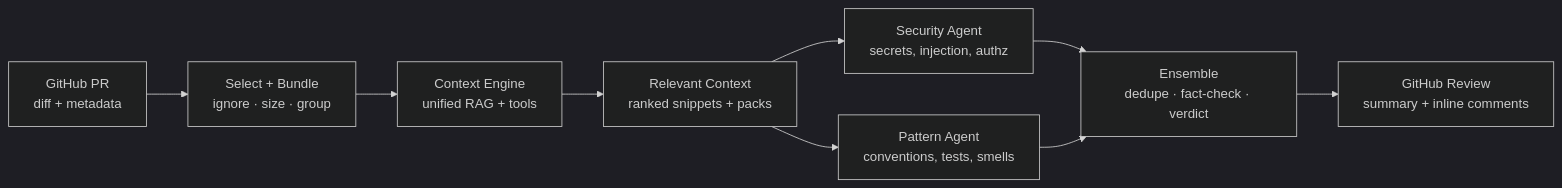
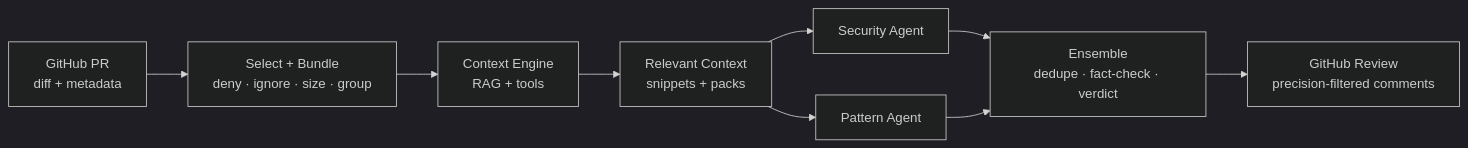
Before and after one commit to cipheraxat/codereviewer_agent: the first of 7 diagrams in README.md, drawn with Mermaid (dark theme). The commit also changed other lines of this file, not shown here.

First line of the commit message:
docs: document v0.5.2 OCR harness and architecture.

````diff
--- a/README.md
+++ b/README.md
@@ -7,18 +15,18 @@
 ```mermaid
 flowchart LR
   GH["GitHub PR<br/>diff + metadata"]
-  SEL["Select + Bundle<br/>ignore · size · group"]
-  CE["Context Engine<br/>unified RAG + tools"]
-  RC["Relevant Context<br/>ranked snippets + packs"]
-  SA["Security Agent<br/>secrets, injection, authz"]
-  PA["Pattern Agent<br/>conventions, tests, smells"]
+  SEL["Select + Bundle<br/>deny · ignore · size · group"]
+  CE["Context Engine<br/>RAG + tools"]
+  RC["Relevant Context<br/>snippets + packs"]
+  SA["Security Agent"]
+  PA["Pattern Agent"]
   EV["Ensemble<br/>dedupe · fact-check · verdict"]
-  OUT["GitHub Review<br/>summary + inline comments"]
+  OUT["GitHub Review<br/>precision-filtered comments"]
 
   GH --> SEL --> CE --> RC
   RC --> SA
   RC --> PA
   SA --> EV
   PA --> EV
   EV --> OUT
 ```
````
